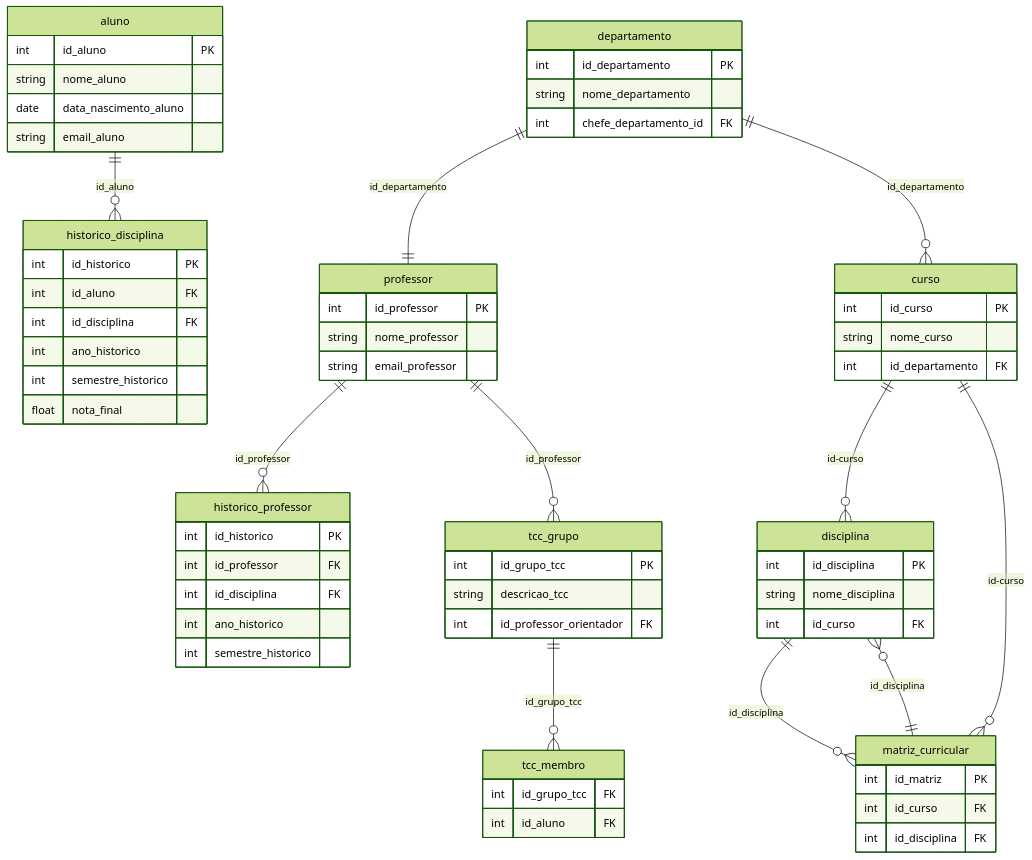
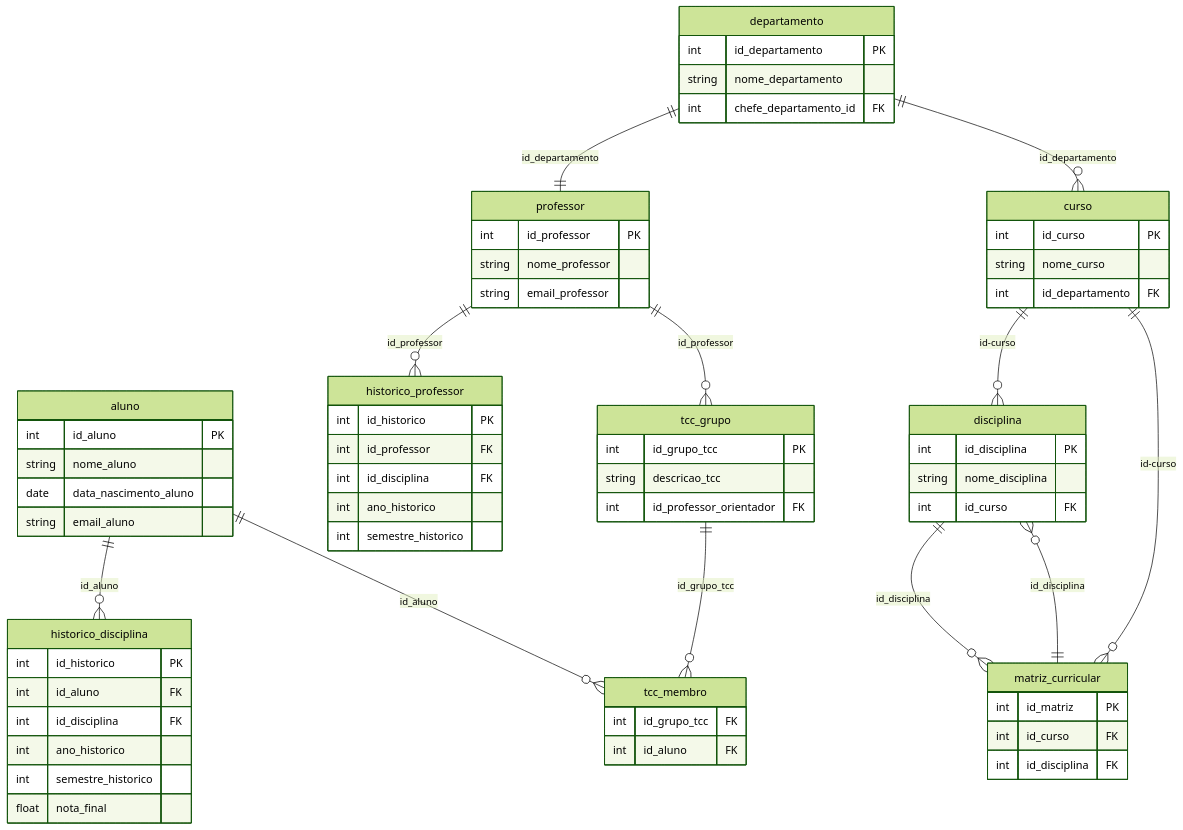
The diagram in README.md (CaioAzs/db-project-sql), drawn with Mermaid (forest theme) before and after one commit.

````diff
--- a/README.md
+++ b/README.md
@@ -13,78 +13,79 @@
 ```mermaid
 erDiagram
     aluno ||--o{ historico_disciplina : id_aluno
+    aluno ||--o{ tcc_membro : id_aluno
     professor ||--o{ historico_professor : id_professor
     professor ||--o{ tcc_grupo : id_professor
     departamento ||--|| professor : id_departamento
     departamento ||--o{ curso : id_departamento
     curso ||--o{ disciplina : id-curso
     disciplina ||--o{ matriz_curricular : id_disciplina
     curso ||--o{ matriz_curricular : id-curso
     matriz_curricular ||--o{ disciplina : id_disciplina
     tcc_grupo ||--o{ tcc_membro : id_grupo_tcc
 
     aluno {
         int id_aluno PK
         string nome_aluno
         date data_nascimento_aluno
         string email_aluno
     }
 
     professor {
         int id_professor PK
         string nome_professor
         string email_professor
     }
 
     departamento {
         int id_departamento PK
         string nome_departamento
         int chefe_departamento_id FK
     }
 
     curso {
         int id_curso PK
         string nome_curso
         int id_departamento FK
     }
 
     disciplina {
         int id_disciplina PK
         string nome_disciplina
         int id_curso FK
     }
 
     matriz_curricular {
         int id_matriz PK
         int id_curso FK
         int id_disciplina FK
     }
 
     historico_disciplina {
         int id_historico PK
         int id_aluno FK
         int id_disciplina FK
         int ano_historico
         int semestre_historico
         float nota_final
     }
 
     historico_professor {
         int id_historico PK
         int id_professor FK
         int id_disciplina FK
         int ano_historico
         int semestre_historico
     }
     
     tcc_grupo {
         int id_grupo_tcc PK
         string descricao_tcc
         int id_professor_orientador FK
     }
 
     tcc_membro {
         int id_grupo_tcc FK
         int id_aluno FK
     }
 ```
````
